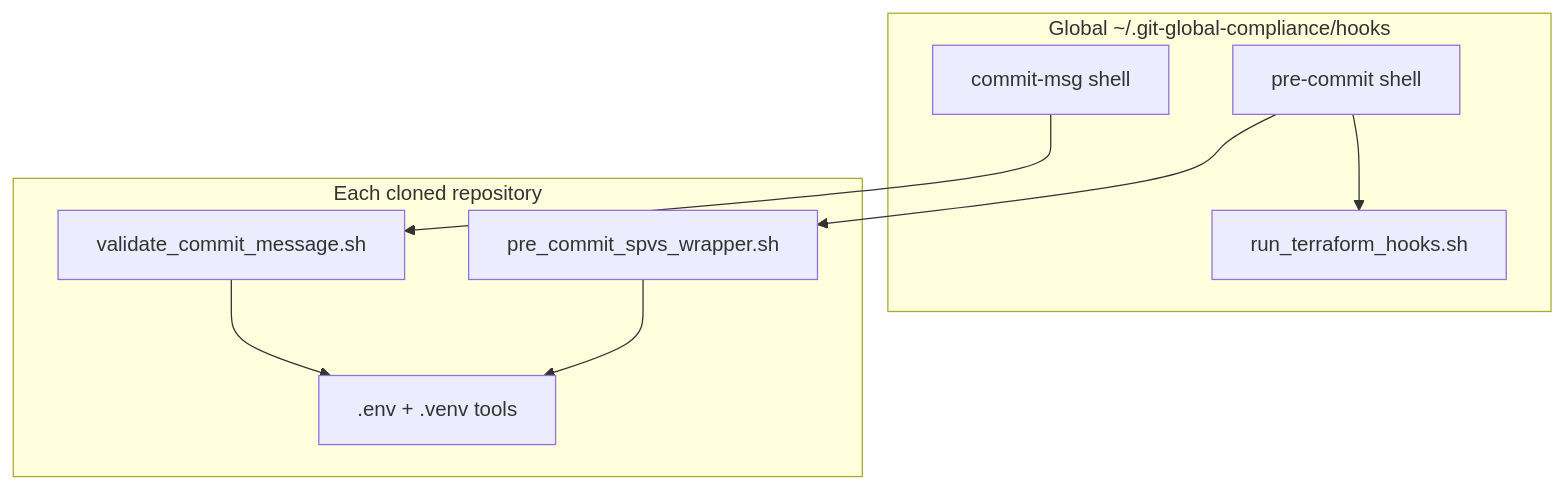
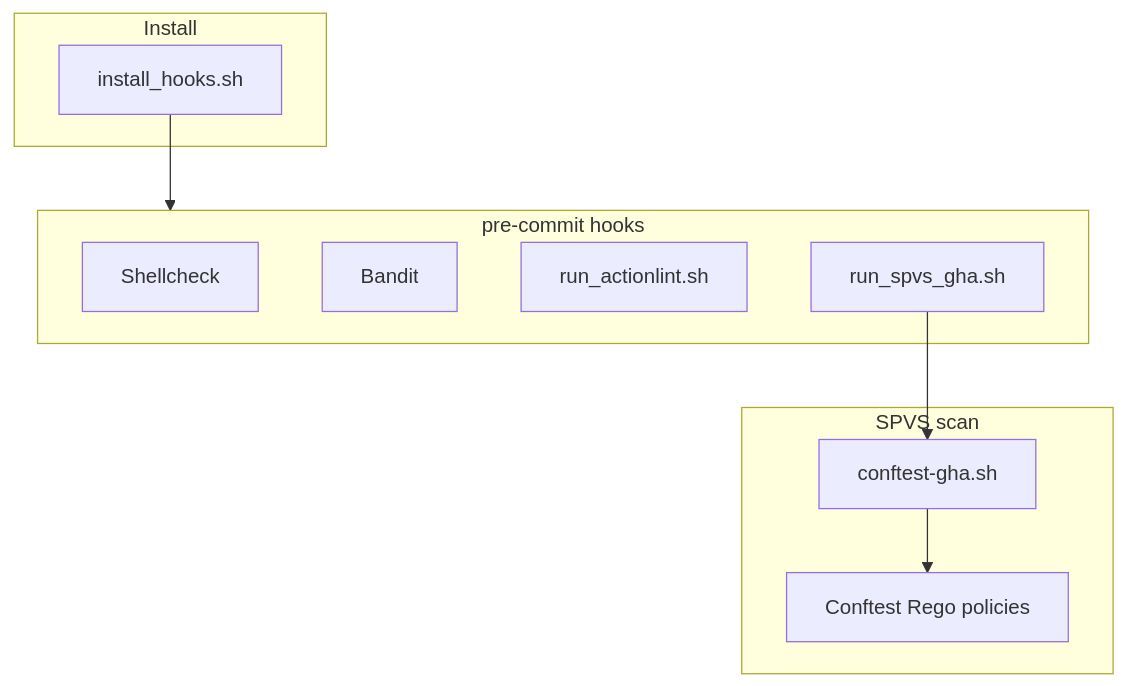
One commit to ravichandrapatel/gha-reusable-actions-workflows changed the diagram in docs/03-dev-hooks.md. Above: the diagram before and after it, drawn with Mermaid. The commit also changed other lines of this file and 59 other files, not shown here.

First line of the commit message:
DCDT-121231 feat(spvs): migrate GHA policy enforcement from Checkov to Conftest

````diff
--- a/docs/03-dev-hooks.md
+++ b/docs/03-dev-hooks.md
@@ -11,18 +11,18 @@
 ```mermaid
 flowchart TB
-  subgraph global [Global ~/.git-global-compliance/hooks]
-    PC[pre-commit shell]
-    CM[commit-msg shell]
-    TF[run_terraform_hooks.sh]
+  subgraph install [Install]
+    IH[install_hooks.sh]
   end
-  subgraph repo [Each cloned repository]
-    ENV[.env + .venv tools]
-    SPVS[pre_commit_spvs_wrapper.sh]
-    VAL[validate_commit_message.sh]
+  subgraph hooks [pre-commit hooks]
+    SC[Shellcheck]
+    BD[Bandit]
+    AL[run_actionlint.sh]
+    SPVS[run_spvs_gha.sh]
   end
-  PC --> TF
-  PC --> SPVS
-  CM --> VAL
-  SPVS --> ENV
-  VAL --> ENV
+  subgraph scan [SPVS scan]
+    CG[conftest-gha.sh]
+    CF[Conftest Rego policies]
+  end
+  IH --> hooks
+  SPVS --> CG --> CF
 ```
````
